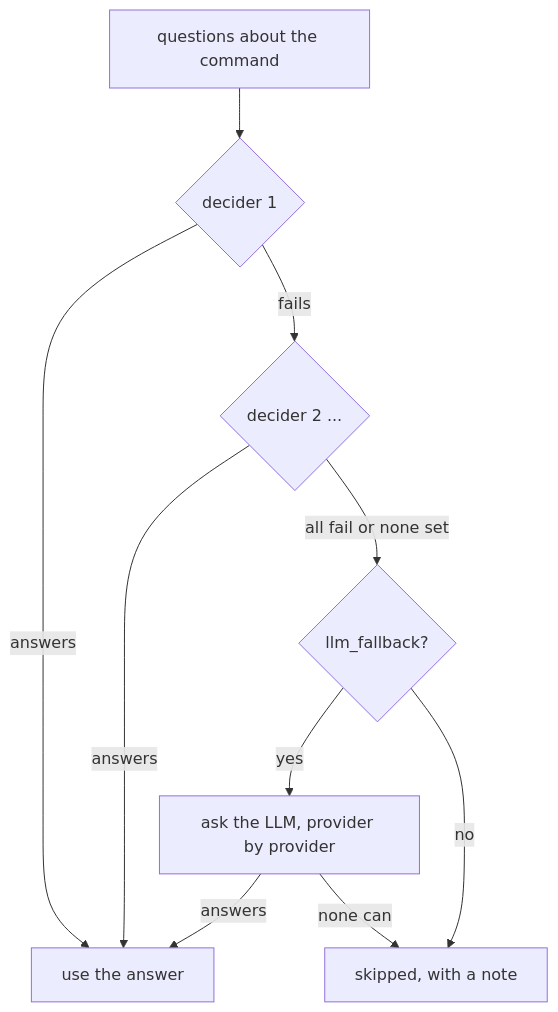
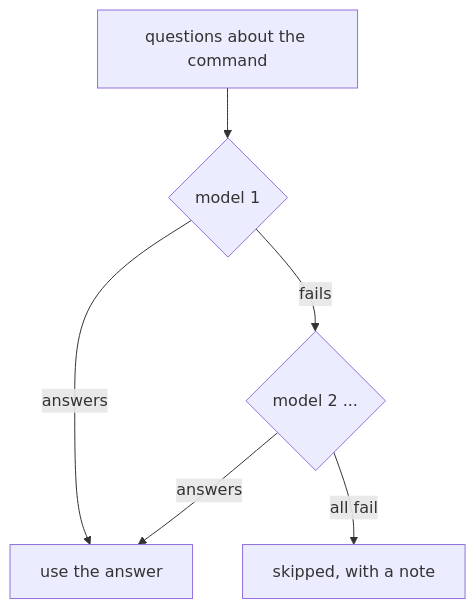
Before and after one commit to paulomenin/shellmate: the second of 2 diagrams in website/src/content/docs/docs/concepts/command-checks.md, drawn with Mermaid. The commit also changed other lines of this file and 16 other files, not shown here.

````diff
--- a/website/src/content/docs/docs/concepts/command-checks.md
+++ b/website/src/content/docs/docs/concepts/command-checks.md
@@ -85,12 +83,8 @@
 ```mermaid
 flowchart TD
-    ask["questions about the command"] --> d1{"decider 1"}
-    d1 -- "answers" --> use["use the answer"]
-    d1 -- "fails" --> d2{"decider 2 ..."}
-    d2 -- "answers" --> use
-    d2 -- "all fail or none set" --> fb{"llm_fallback?"}
-    fb -- "yes" --> llm["ask the LLM, provider by provider"]
-    fb -- "no" --> skipped["skipped, with a note"]
-    llm -- "answers" --> use
-    llm -- "none can" --> skipped
+    ask["questions about the command"] --> m1{"model 1"}
+    m1 -- "answers" --> use["use the answer"]
+    m1 -- "fails" --> m2{"model 2 ..."}
+    m2 -- "answers" --> use
+    m2 -- "all fail" --> skipped["skipped, with a note"]
 ```
````
